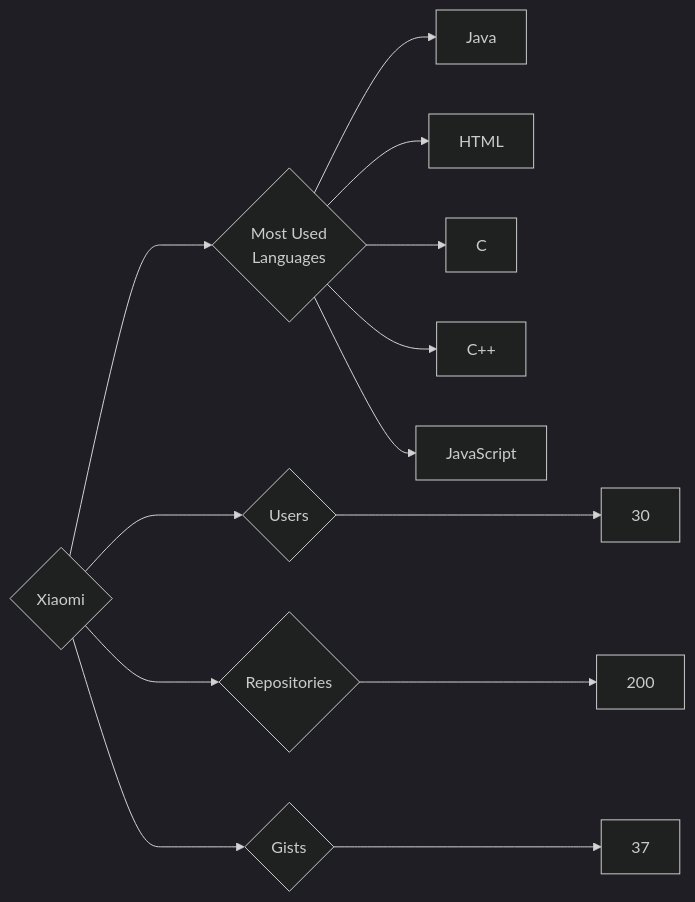
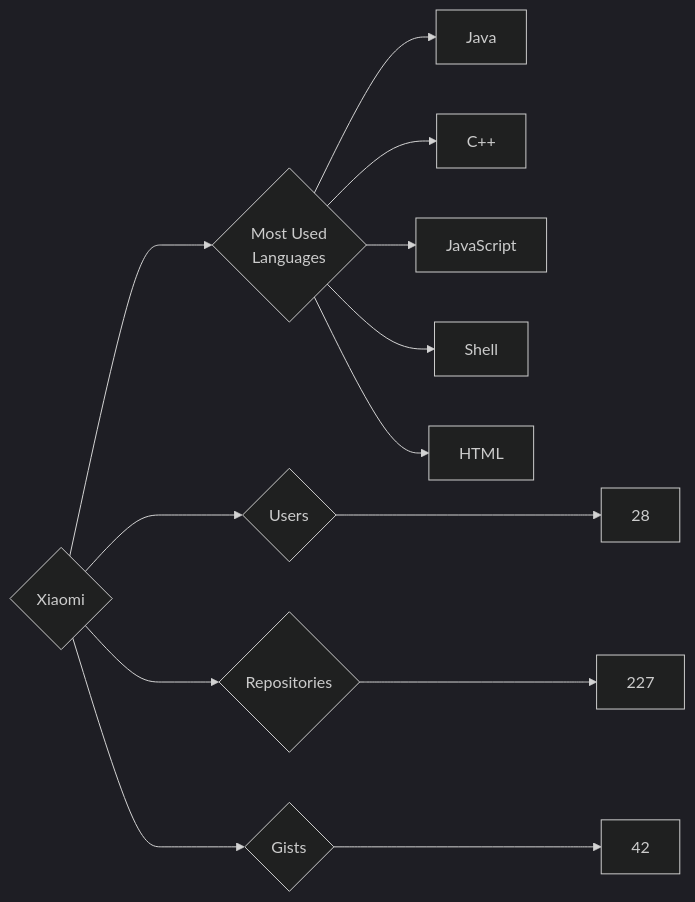
The diagram in targets/Xiaomi/README.md (trickest/insiders), drawn with Mermaid (dark theme) before and after one commit. The commit also changed 912 other files, not shown here.

````diff
--- a/targets/Xiaomi/README.md
+++ b/targets/Xiaomi/README.md
@@ -3,13 +3,13 @@
 ```mermaid
 graph LR
 COMPANY_NAME{Xiaomi}
-COMPANY_NAME ---> U{Users} ---> UN[30]
-COMPANY_NAME ---> R{Repositories} ---> RN[200]
-COMPANY_NAME ---> G{Gists} ---> GN[37]
+COMPANY_NAME ---> U{Users} ---> UN[28]
+COMPANY_NAME ---> R{Repositories} ---> RN[227]
+COMPANY_NAME ---> G{Gists} ---> GN[42]
 COMPANY_NAME ---> ML{Most Used<br>Languages}
 ML --> Java[Java]
-ML --> HTML[HTML]
-ML --> C[C]
 ML --> C++[C++]
 ML --> JavaScript[JavaScript]
+ML --> Shell[Shell]
+ML --> HTML[HTML]
 ```
````
